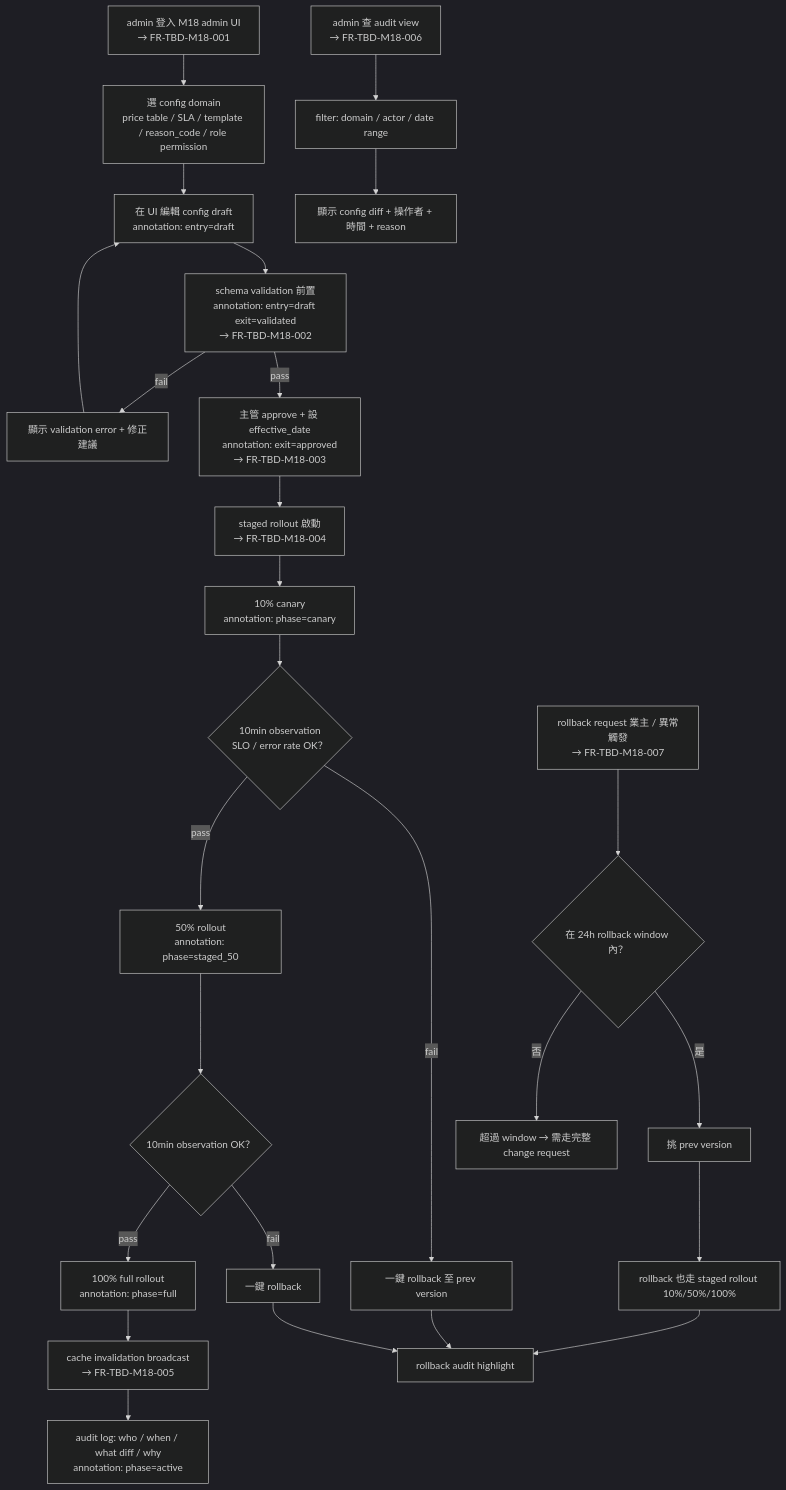
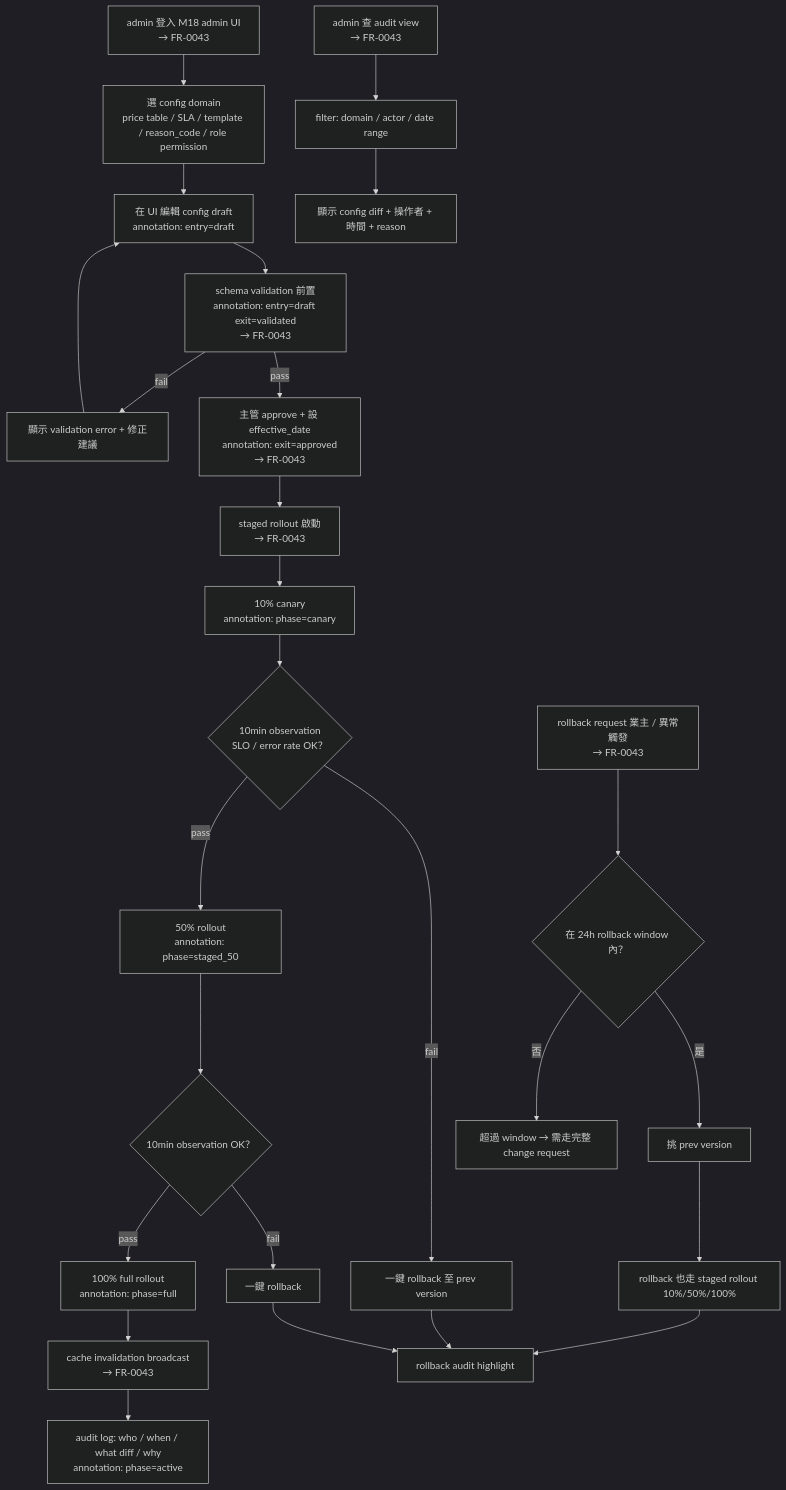
One commit to Zenobia000/chatlock_dev_docs changed the fifth of 5 diagrams in docs/ux/user-flow-smart-lock-saas.md. Above: the diagram before and after it, drawn with Mermaid (dark theme). The commit also changed other lines of this file and 21 other files, not shown here.

````diff
--- a/docs/ux/user-flow-smart-lock-saas.md
+++ b/docs/ux/user-flow-smart-lock-saas.md
@@ -376,31 +376,31 @@
 ```mermaid
 flowchart TD
-    Login[admin 登入 M18 admin UI<br/>→ FR-TBD-M18-001] --> Pick[選 config domain<br/>price table / SLA / template / reason_code / role permission]
+    Login[admin 登入 M18 admin UI<br/>→ FR-0043] --> Pick[選 config domain<br/>price table / SLA / template / reason_code / role permission]
     Pick --> Edit[在 UI 編輯 config draft<br/>annotation: entry=draft]
-    Edit --> Validate[schema validation 前置<br/>annotation: entry=draft exit=validated<br/>→ FR-TBD-M18-002]
+    Edit --> Validate[schema validation 前置<br/>annotation: entry=draft exit=validated<br/>→ FR-0043]
     Validate -->|fail| EditErr[顯示 validation error + 修正建議]
     EditErr --> Edit
-    Validate -->|pass| Approve[主管 approve + 設 effective_date<br/>annotation: exit=approved<br/>→ FR-TBD-M18-003]
-    Approve --> StagedRollout[staged rollout 啟動<br/>→ FR-TBD-M18-004]
+    Validate -->|pass| Approve[主管 approve + 設 effective_date<br/>annotation: exit=approved<br/>→ FR-0043]
+    Approve --> StagedRollout[staged rollout 啟動<br/>→ FR-0043]
     StagedRollout --> Canary[10% canary<br/>annotation: phase=canary]
     Canary --> Observe1{10min observation<br/>SLO / error rate OK？}
     Observe1 -->|fail| Rollback1[一鍵 rollback 至 prev version]
     Observe1 -->|pass| Stage50[50% rollout<br/>annotation: phase=staged_50]
     Stage50 --> Observe2{10min observation OK？}
     Observe2 -->|fail| Rollback2[一鍵 rollback]
     Observe2 -->|pass| Stage100[100% full rollout<br/>annotation: phase=full]
-    Stage100 --> CacheInvalidate[cache invalidation broadcast<br/>→ FR-TBD-M18-005]
+    Stage100 --> CacheInvalidate[cache invalidation broadcast<br/>→ FR-0043]
     CacheInvalidate --> AuditEntry[audit log: who / when / what diff / why<br/>annotation: phase=active]
 
-    AuditView[admin 查 audit view<br/>→ FR-TBD-M18-006] --> FilterByDomain[filter: domain / actor / date range]
+    AuditView[admin 查 audit view<br/>→ FR-0043] --> FilterByDomain[filter: domain / actor / date range]
     FilterByDomain --> DiffView[顯示 config diff + 操作者 + 時間 + reason]
 
-    RollbackReq[rollback request 業主 / 異常觸發<br/>→ FR-TBD-M18-007] --> RollbackWindowCheck{在 24h rollback window 內？}
+    RollbackReq[rollback request 業主 / 異常觸發<br/>→ FR-0043] --> RollbackWindowCheck{在 24h rollback window 內？}
     RollbackWindowCheck -->|是| RollbackPick[挑 prev version]
     RollbackWindowCheck -->|否| RollbackBlock[超過 window → 需走完整 change request]
     RollbackPick --> RollbackStaged[rollback 也走 staged rollout 10%/50%/100%]
     RollbackStaged --> RollbackAudit[rollback audit highlight]
 
     Rollback1 --> RollbackAudit
     Rollback2 --> RollbackAudit
 ```
````
